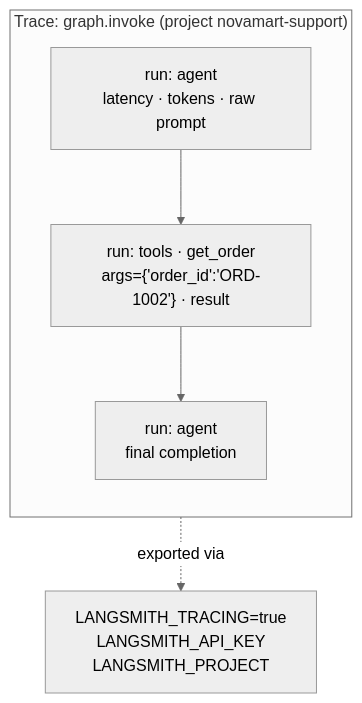
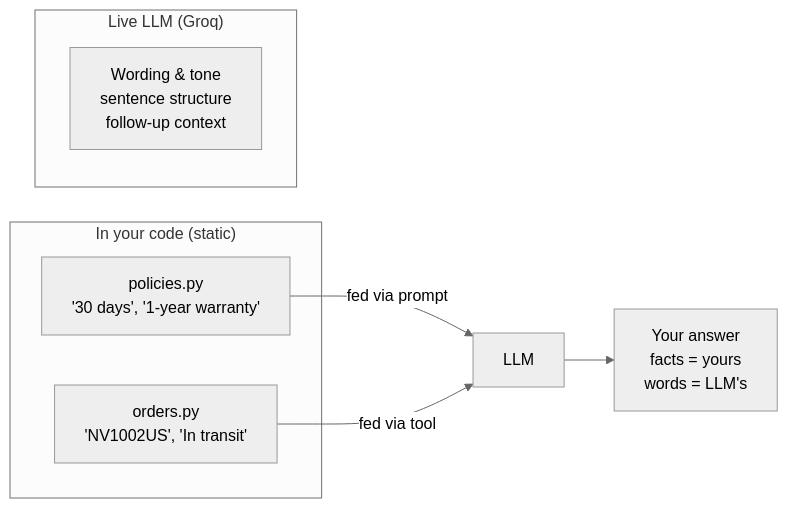
One commit to Qaziaaaa/ai-customer-support-assistant changed the third of 4 diagrams in ARCHITECTURE.md. Above: the diagram before and after it, drawn with Mermaid (neutral theme). The commit also changed other lines of this file and 2 other files, not shown here.

Commit message:
docs: simplify ARCHITECTURE.md to 4 beginner-friendly flow diagrams

````diff
--- a/ARCHITECTURE.md
+++ b/ARCHITECTURE.md
@@ -165,11 +47,15 @@
 ```mermaid
-flowchart TB
-    subgraph trace["Trace: graph.invoke (project novamart-support)"]
-        direction TB
-        h1["run: agent<br/>latency · tokens · raw prompt"]
-        h2["run: tools · get_order<br/>args={'order_id':'ORD-1002'} · result"]
-        h3["run: agent<br/>final completion"]
-        h1 --> h2 --> h3
+flowchart LR
+    subgraph you["In your code (static)"]
+        P["policies.py<br/>'30 days', '1-year warranty'"]
+        O["orders.py<br/>'NV1002US', 'In transit'"]
     end
-    trace -. exported via .-> ENV["LANGSMITH_TRACING=true<br/>LANGSMITH_API_KEY<br/>LANGSMITH_PROJECT"]
+
+    subgraph brain["Live LLM (Groq)"]
+        W["Wording & tone<br/>sentence structure<br/>follow-up context"]
+    end
+
+    P -->|fed via prompt| LLM[LLM]
+    O -->|fed via tool| LLM
+    LLM --> R["Your answer<br/>facts = yours<br/>words = LLM's"]
 ```
````
